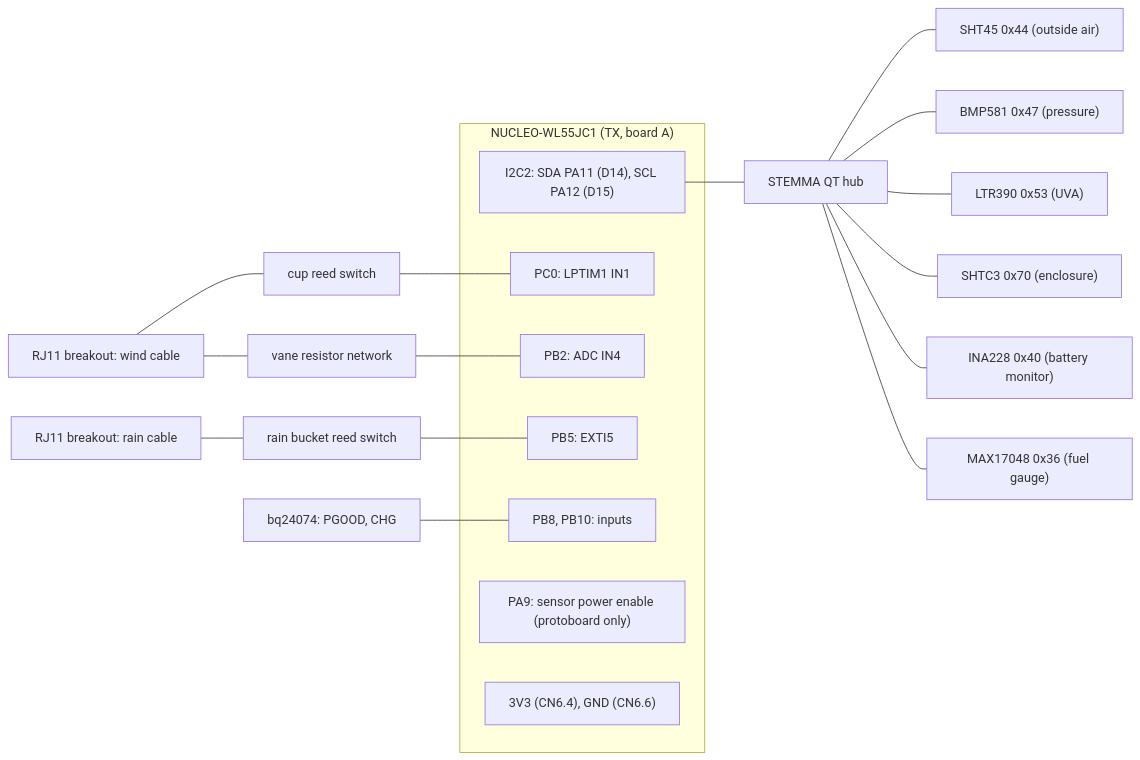
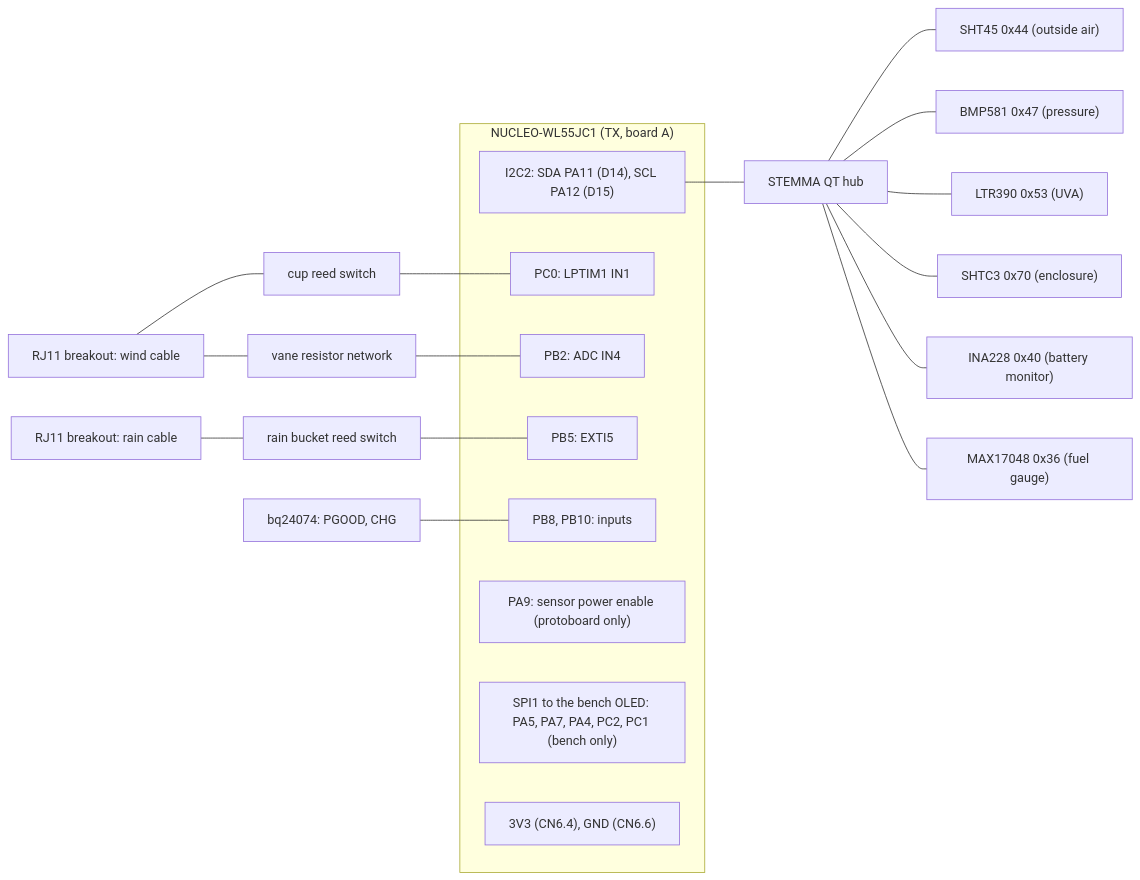
One commit to clintecker/weather-station-2026 changed the diagram in docs/hardware/bench-station-wiring.md. Above: the diagram before and after it, drawn with Mermaid. The commit also changed other lines of this file and 43 other files, not shown here.

First line of the commit message:
Bench breadboard: board C with the 2.7" OLED on SPI1

````diff
--- a/docs/hardware/bench-station-wiring.md
+++ b/docs/hardware/bench-station-wiring.md
@@ -23,26 +23,27 @@
 ```mermaid
 flowchart LR
   subgraph N["NUCLEO-WL55JC1 (TX, board A)"]
     I2C["I2C2: SDA PA11 (D14), SCL PA12 (D15)"]
     PC0["PC0: LPTIM1 IN1"]
     PB2["PB2: ADC IN4"]
     PB5["PB5: EXTI5"]
     PB8["PB8, PB10: inputs"]
     PA9["PA9: sensor power enable (protoboard only)"]
+    SPI["SPI1 to the bench OLED: PA5, PA7, PA4, PC2, PC1 (bench only)"]
     V33["3V3 (CN6.4), GND (CN6.6)"]
   end
   HUB["STEMMA QT hub"] --- SHT45["SHT45 0x44 (outside air)"]
   HUB --- BMP["BMP581 0x47 (pressure)"]
   HUB --- LTR["LTR390 0x53 (UVA)"]
   HUB --- SHTC3["SHTC3 0x70 (enclosure)"]
   HUB --- INA["INA228 0x40 (battery monitor)"]
   HUB --- MAX["MAX17048 0x36 (fuel gauge)"]
   I2C --- HUB
   RJW["RJ11 breakout: wind cable"] --- CUPS["cup reed switch"]
   RJW --- VANE["vane resistor network"]
   RJR["RJ11 breakout: rain cable"] --- RAIN["rain bucket reed switch"]
   CUPS --- PC0
   VANE --- PB2
   RAIN --- PB5
   BQ["bq24074: PGOOD, CHG"] --- PB8
 ```
````
